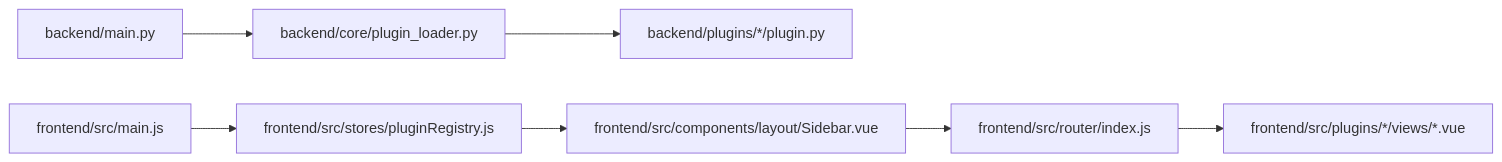
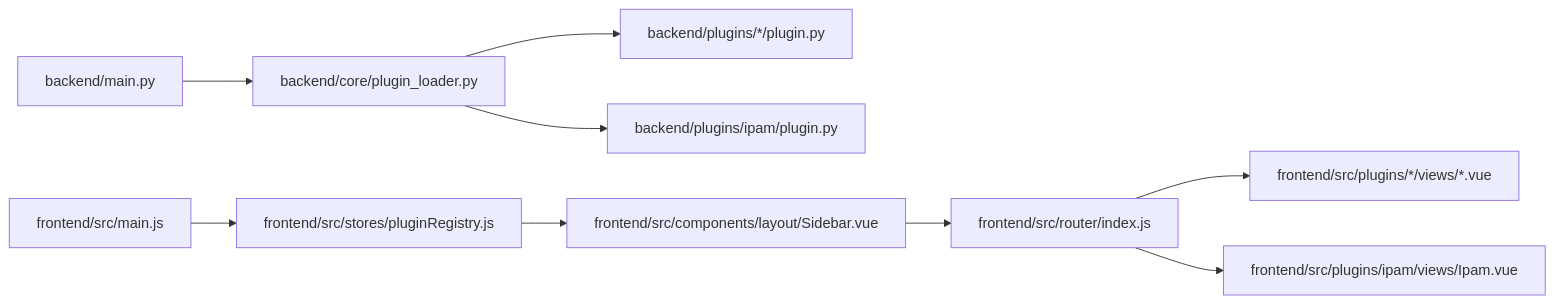
Before and after one commit to Nikita5543/New-SSO-02: the tenth of 10 diagrams in .qoder/repowiki/en/content/Plugin System Architecture/Frontend Plugin Integration.md, drawn with Mermaid. The commit also changed other lines of this file and 3 other files, not shown here.

````diff
--- a/.qoder/repowiki/en/content/Plugin System Architecture/Frontend Plugin Integration.md
+++ b/.qoder/repowiki/en/content/Plugin System Architecture/Frontend Plugin Integration.md
@@ -355,9 +396,11 @@
 ```mermaid
 graph LR
 BE_Main["backend/main.py"] --> BE_Loader["backend/core/plugin_loader.py"]
 BE_Loader --> BE_Plugin["backend/plugins/*/plugin.py"]
+BE_Loader --> BE_IPAM["backend/plugins/ipam/plugin.py"]
 FE_Init["frontend/src/main.js"] --> FE_Registry["frontend/src/stores/pluginRegistry.js"]
 FE_Registry --> FE_Sidebar["frontend/src/components/layout/Sidebar.vue"]
 FE_Router["frontend/src/router/index.js"] --> FE_Views["frontend/src/plugins/*/views/*.vue"]
+FE_Router --> FE_IPAM_View["frontend/src/plugins/ipam/views/Ipam.vue"]
 FE_Sidebar --> FE_Router
 ```
````
